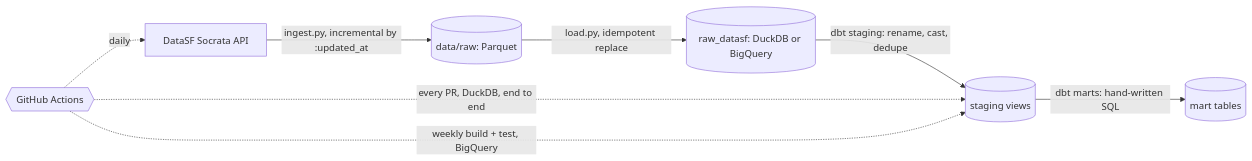
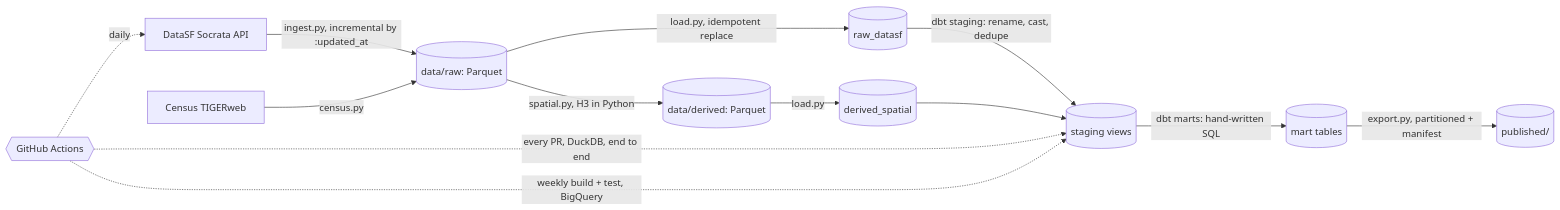
The diagram in README.md (mp321/sf-data-warehouse), drawn with Mermaid before and after one commit. The commit also changed other lines of this file and 73 other files, not shown here.

````diff
--- a/README.md
+++ b/README.md
@@ -16,10 +24,15 @@
 ```mermaid
 flowchart LR
     A[DataSF Socrata API] -->|ingest.py, incremental by :updated_at| B[(data/raw: Parquet)]
-    B -->|load.py, idempotent replace| C[(raw_datasf: DuckDB or BigQuery)]
+    A2[Census TIGERweb] -->|census.py| B
+    B -->|spatial.py, H3 in Python| G[(data/derived: Parquet)]
+    B -->|load.py, idempotent replace| C[(raw_datasf)]
+    G -->|load.py| C2[(derived_spatial)]
     C -->|dbt staging: rename, cast, dedupe| D[(staging views)]
+    C2 --> D
     D -->|dbt marts: hand-written SQL| E[(mart tables)]
+    E -->|export.py, partitioned + manifest| H[(published/)]
     F{{GitHub Actions}} -. daily .-> A
     F -. every PR, DuckDB, end to end .-> D
     F -. weekly build + test, BigQuery .-> D
 ```
````
